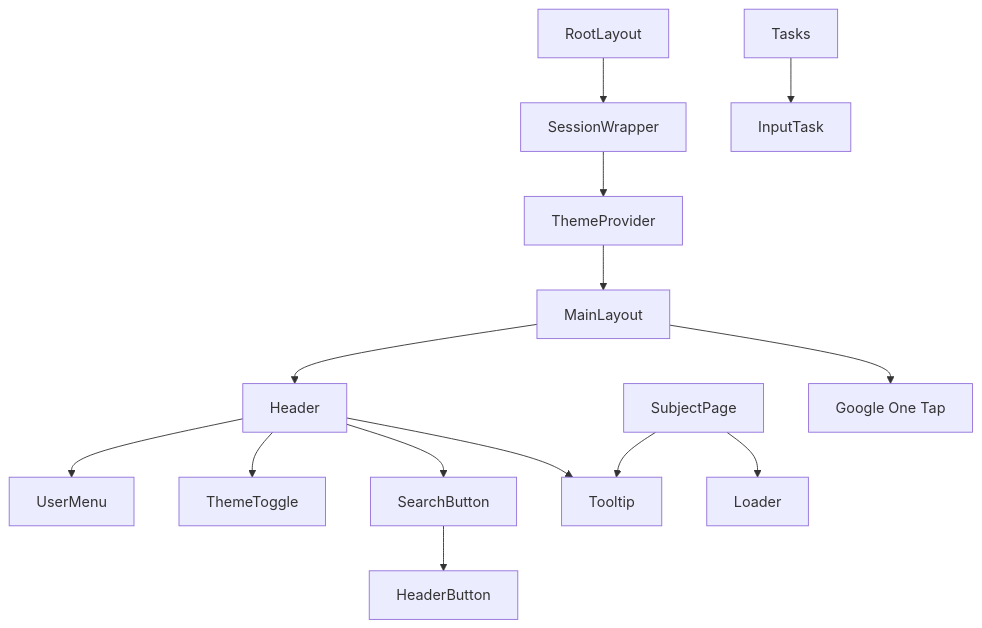
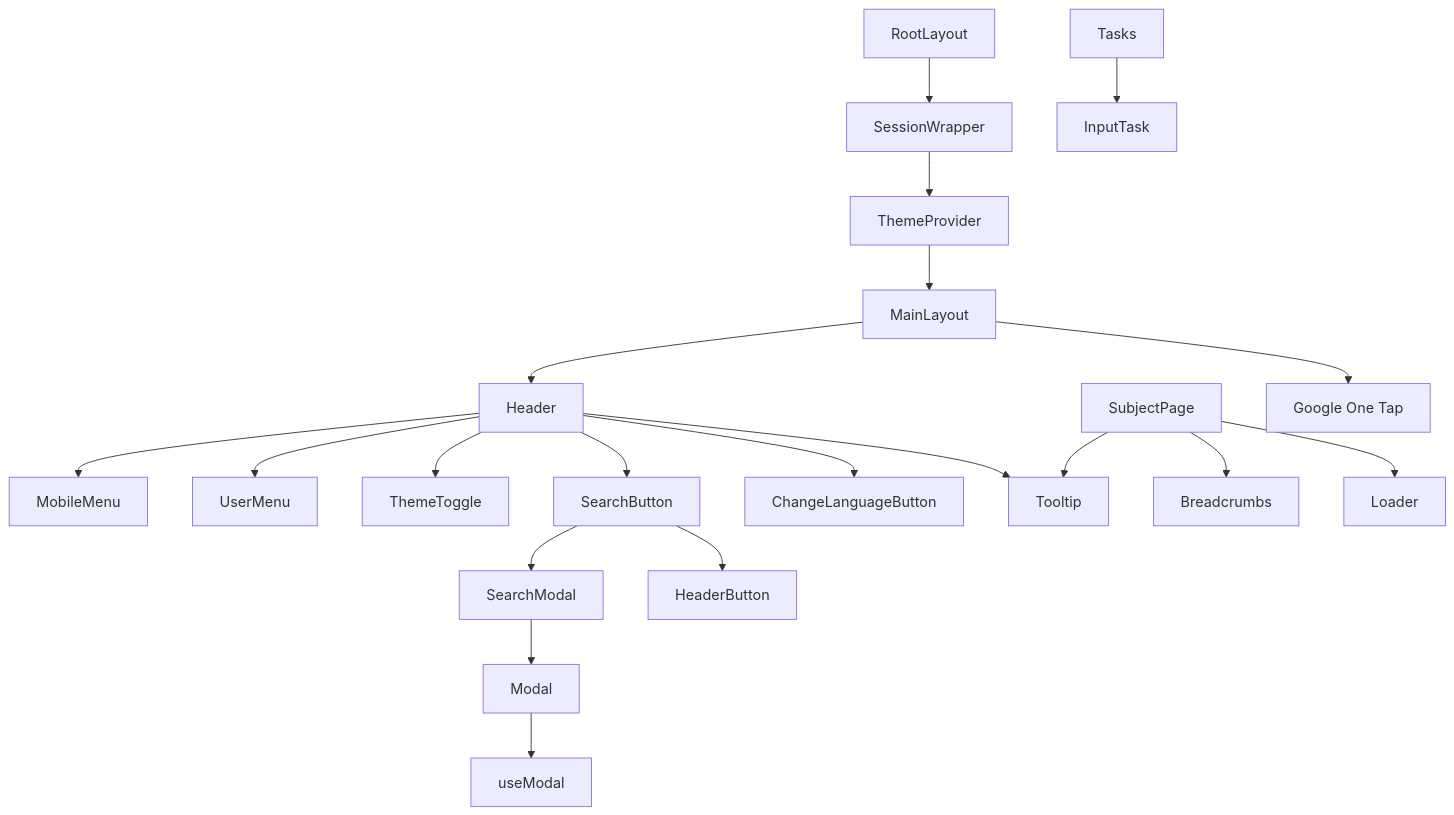
One commit to AlexKutz/math-app-next-js changed the second of 12 diagrams in .qoder/repowiki/en/content/Architecture & Design/Component Hierarchy & UI Architecture.md. Above: the diagram before and after it, drawn with Mermaid. The commit also changed other lines of this file and 125 other files, not shown here.

````diff
--- a/.qoder/repowiki/en/content/Architecture & Design/Component Hierarchy & UI Architecture.md
+++ b/.qoder/repowiki/en/content/Architecture & Design/Component Hierarchy & UI Architecture.md
@@ -132,16 +186,22 @@
 ```mermaid
 graph TB
 Root["RootLayout"] --> SW["SessionWrapper"]
 SW --> TP["ThemeProvider"]
 TP --> ML["MainLayout"]
 ML --> H["Header"]
+H --> MM["MobileMenu"]
 H --> UM["UserMenu"]
 H --> TT["ThemeToggle"]
 H --> SB["SearchButton"]
+H --> CL["ChangeLanguageButton"]
+SB --> SM["SearchModal"]
+SM --> M["Modal"]
+M --> UMHook["useModal"]
 SB --> HB["HeaderButton"]
 H --> TL["Tooltip"]
-SP["SubjectPage"] --> TL
+SP["SubjectPage"] --> BC["Breadcrumbs"]
+SP --> TL
 SP --> LD["Loader"]
 TK["Tasks"] --> IT["InputTask"]
 ML --> GM["Google One Tap"]
 ```
````
